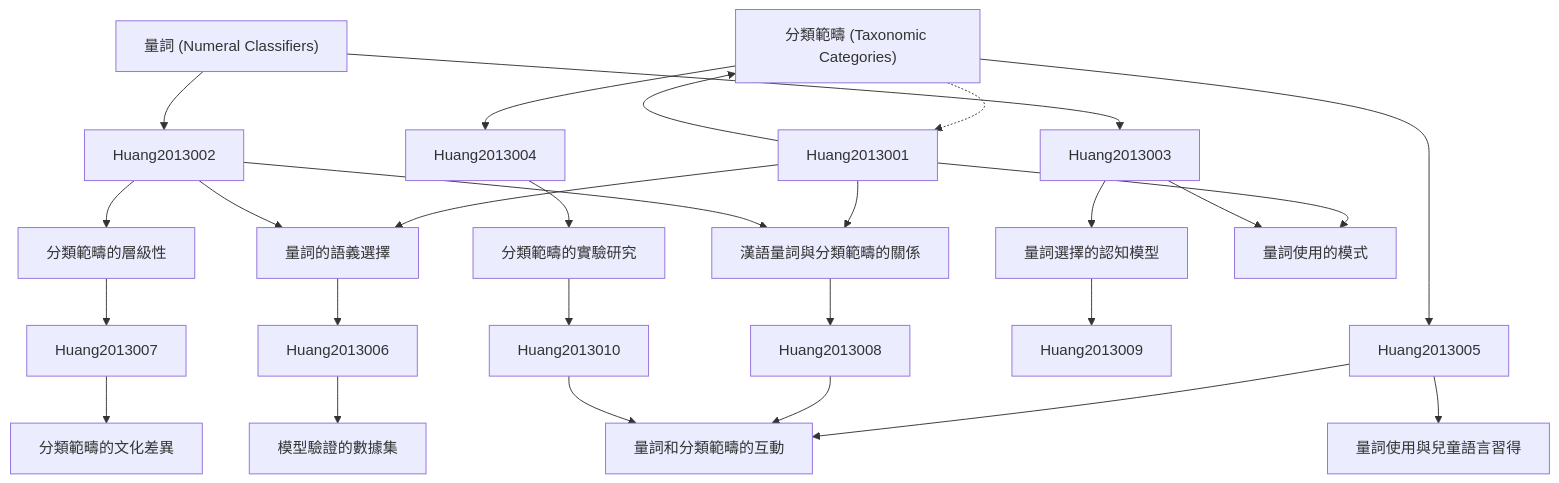
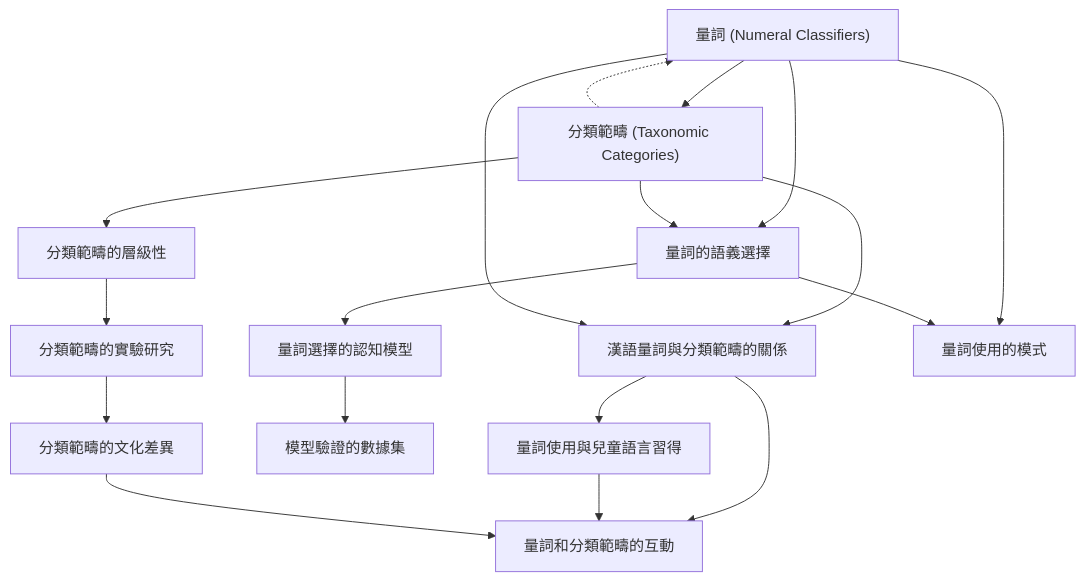
The diagram in output/zettelkasten_notes/zettel_Huang-2013_20251104/zettel_index.md (SCgeeker/Claude_Journal_Club_Agents), drawn with Mermaid before and after one commit. The commit also changed 776 other files, not shown here.

````diff
--- a/output/zettelkasten_notes/zettel_Huang-2013_20251104/zettel_index.md
+++ b/output/zettelkasten_notes/zettel_Huang-2013_20251104/zettel_index.md
@@ -92,80 +92,68 @@
 ```mermaid
 graph TD
 
     Huang-2013-001["量詞 (Numeral Classifiers)"]
 
     Huang-2013-002["分類範疇 (Taxonomic Categories)"]
 
     Huang-2013-003["量詞的語義選擇"]
 
     Huang-2013-004["分類範疇的層級性"]
 
     Huang-2013-005["漢語量詞與分類範疇的關係"]
 
     Huang-2013-006["量詞選擇的認知模型"]
 
     Huang-2013-007["分類範疇的實驗研究"]
 
     Huang-2013-008["量詞使用與兒童語言習得"]
 
     Huang-2013-009["模型驗證的數據集"]
 
     Huang-2013-010["分類範疇的文化差異"]
 
     Huang-2013-011["量詞使用的模式"]
 
     Huang-2013-012["量詞和分類範疇的互動"]
 
-    Huang-2013-001 --> Huang2013002
+    Huang-2013-001 --> Huang-2013-002
 
-    Huang-2013-001 --> Huang2013003
+    Huang-2013-001 --> Huang-2013-003
 
-    Huang2013001 --> Huang-2013-002
 
-    Huang-2013-002 --> Huang2013004
+    Huang-2013-002 --> Huang-2013-004
 
-    Huang-2013-002 --> Huang2013005
+    Huang-2013-002 --> Huang-2013-005
 
-    Huang-2013-002 -.-> Huang2013001
+    Huang-2013-002 -.-> Huang-2013-001
 
-    Huang2013001 --> Huang-2013-003
 
-    Huang2013002 --> Huang-2013-003
+    Huang-2013-002 --> Huang-2013-003
 
-    Huang-2013-003 --> Huang2013006
+    Huang-2013-003 --> Huang-2013-006
 
-    Huang2013002 --> Huang-2013-004
 
-    Huang-2013-004 --> Huang2013007
+    Huang-2013-004 --> Huang-2013-007
 
-    Huang2013001 --> Huang-2013-005
+    Huang-2013-001 --> Huang-2013-005
 
-    Huang2013002 --> Huang-2013-005
 
-    Huang-2013-005 --> Huang2013008
+    Huang-2013-005 --> Huang-2013-008
 
-    Huang2013003 --> Huang-2013-006
 
-    Huang-2013-006 --> Huang2013009
+    Huang-2013-006 --> Huang-2013-009
 
-    Huang2013004 --> Huang-2013-007
 
-    Huang-2013-007 --> Huang2013010
+    Huang-2013-007 --> Huang-2013-010
 
-    Huang2013005 --> Huang-2013-008
+    Huang-2013-001 --> Huang-2013-011
 
-    Huang2013006 --> Huang-2013-009
+    Huang-2013-003 --> Huang-2013-011
 
-    Huang2013007 --> Huang-2013-010
+    Huang-2013-005 --> Huang-2013-012
 
-    Huang2013001 --> Huang-2013-011
+    Huang-2013-008 --> Huang-2013-012
 
-    Huang2013003 --> Huang-2013-011
-
-    Huang2013005 --> Huang-2013-012
-
-    Huang2013008 --> Huang-2013-012
-
-    Huang2013010 --> Huang-2013-012
+    Huang-2013-010 --> Huang-2013-012
 
 ```
````
